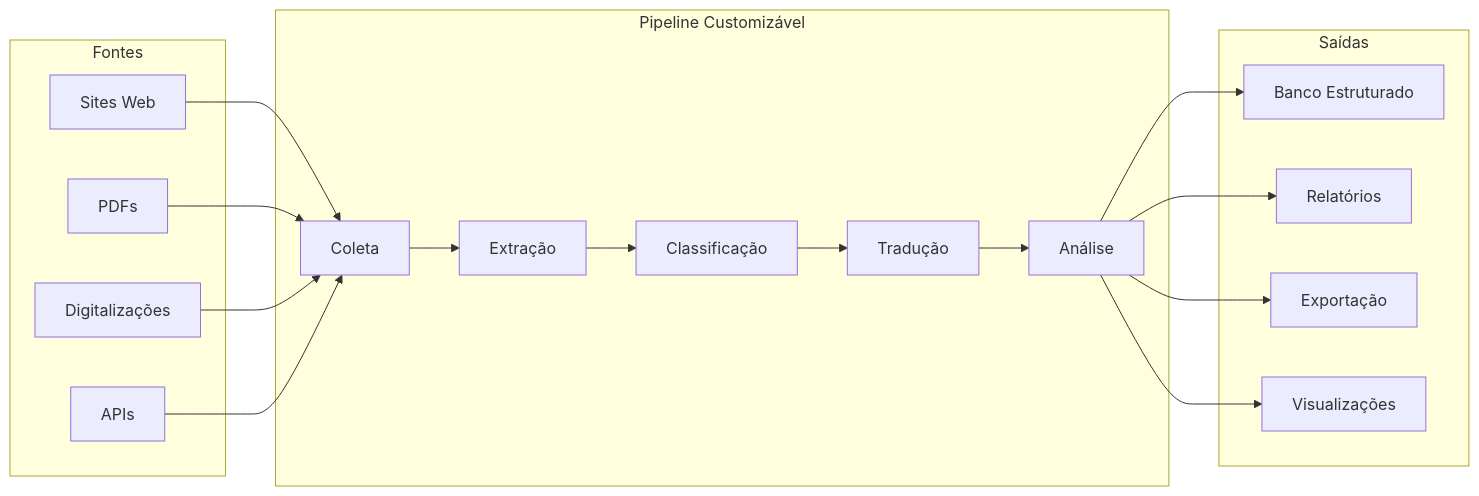
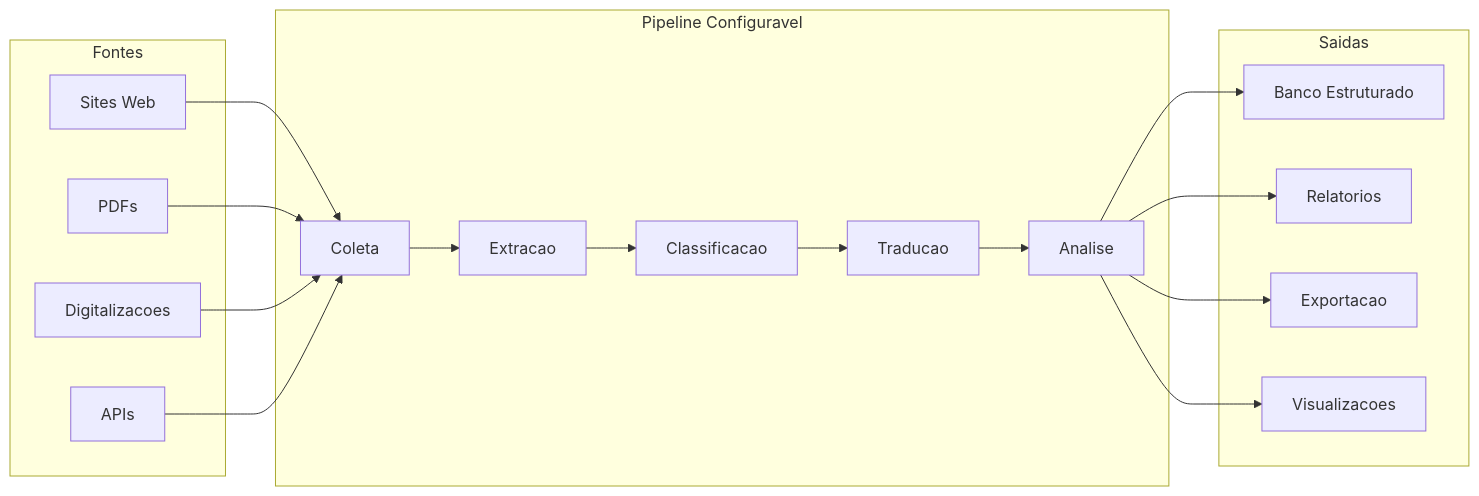
The diagram in docs/projeto/visao_do_projeto.md (rib-thiago/showtrials-tcc), drawn with Mermaid before and after one commit. The commit also changed other lines of this file and 1 other file, not shown here.

````diff
--- a/docs/projeto/visao_do_projeto.md
+++ b/docs/projeto/visao_do_projeto.md
@@ -39,36 +47,36 @@
 ```mermaid
 graph LR
     subgraph "Fontes"
         A[Sites Web]
         B[PDFs]
-        C[Digitalizações]
+        C[Digitalizacoes]
         D[APIs]
     end
 
-    subgraph "Pipeline Customizável"
+    subgraph "Pipeline Configuravel"
         E[Coleta]
-        F[Extração]
-        G[Classificação]
-        H[Tradução]
-        I[Análise]
+        F[Extracao]
+        G[Classificacao]
+        H[Traducao]
+        I[Analise]
     end
 
-    subgraph "Saídas"
+    subgraph "Saidas"
         J[Banco Estruturado]
-        K[Relatórios]
-        L[Exportação]
-        M[Visualizações]
+        K[Relatorios]
+        L[Exportacao]
+        M[Visualizacoes]
     end
 
     A --> E
     B --> E
     C --> E
     D --> E
 
     E --> F --> G --> H --> I
 
     I --> J
     I --> K
     I --> L
     I --> M
 ```
````
